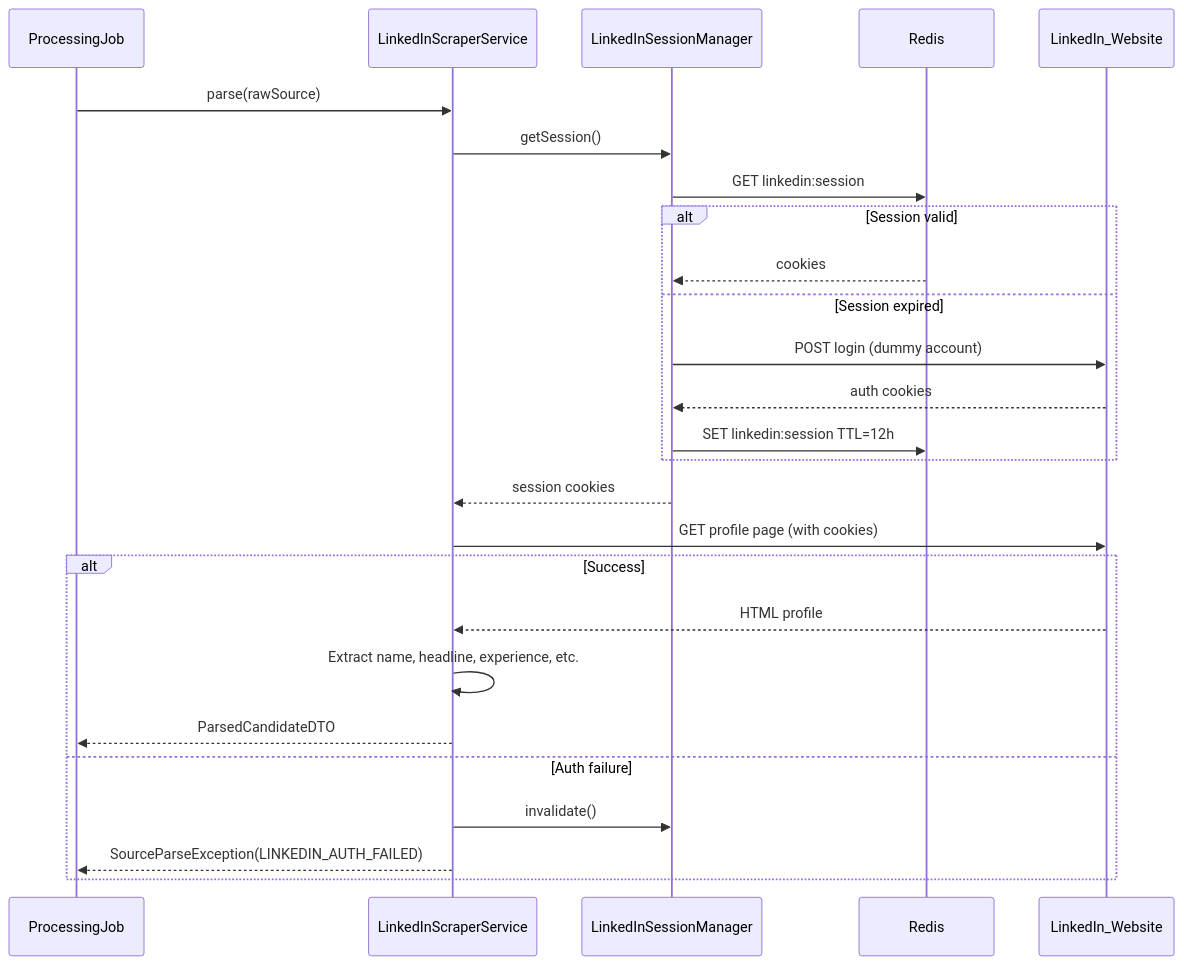
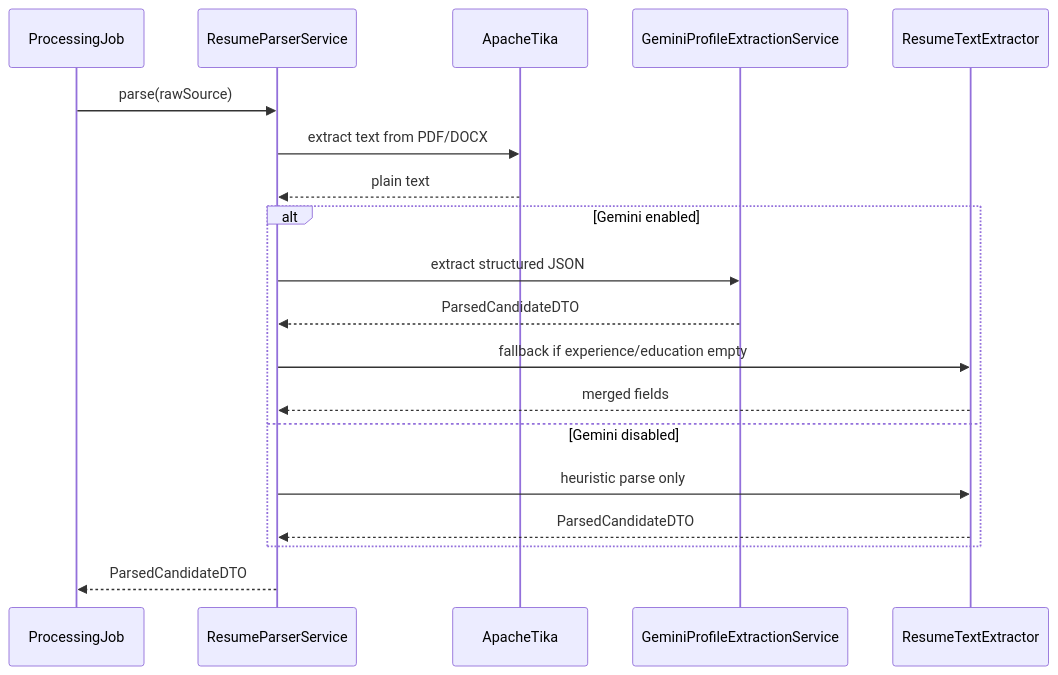
The ninth of 12 diagrams in docs/CANDIDATE_PROFILE_TRANSFORMATION_SYSTEM.md (Tharunraj-U/Multi-source-candidate-data-transformer), drawn with Mermaid before and after one commit. The commit also changed other lines of this file and 37 other files, not shown here.

First line of the commit message:
Remove LinkedIn scraping, add Gemini extraction

````diff
--- a/docs/CANDIDATE_PROFILE_TRANSFORMATION_SYSTEM.md
+++ b/docs/CANDIDATE_PROFILE_TRANSFORMATION_SYSTEM.md
@@ -1968,29 +1951,22 @@
 ```mermaid
 sequenceDiagram
     participant Job as ProcessingJob
-    participant LI as LinkedInScraperService
-    participant Session as LinkedInSessionManager
-    participant Redis
-    participant LinkedIn as LinkedIn_Website
+    participant Resume as ResumeParserService
+    participant Tika as ApacheTika
+    participant Gemini as GeminiProfileExtractionService
+    participant Heuristic as ResumeTextExtractor
 
-    Job->>LI: parse(rawSource)
-    LI->>Session: getSession()
-    Session->>Redis: GET linkedin:session
-    alt Session valid
-        Redis-->>Session: cookies
-    else Session expired
-        Session->>LinkedIn: POST login (dummy account)
-        LinkedIn-->>Session: auth cookies
-        Session->>Redis: SET linkedin:session TTL=12h
+    Job->>Resume: parse(rawSource)
+    Resume->>Tika: extract text from PDF/DOCX
+    Tika-->>Resume: plain text
+    alt Gemini enabled
+        Resume->>Gemini: extract structured JSON
+        Gemini-->>Resume: ParsedCandidateDTO
+        Resume->>Heuristic: fallback if experience/education empty
+        Heuristic-->>Resume: merged fields
+    else Gemini disabled
+        Resume->>Heuristic: heuristic parse only
+        Heuristic-->>Resume: ParsedCandidateDTO
     end
-    Session-->>LI: session cookies
-    LI->>LinkedIn: GET profile page (with cookies)
-    alt Success
-        LinkedIn-->>LI: HTML profile
-        LI->>LI: Extract name, headline, experience, etc.
-        LI-->>Job: ParsedCandidateDTO
-    else Auth failure
-        LI->>Session: invalidate()
-        LI-->>Job: SourceParseException(LINKEDIN_AUTH_FAILED)
-    end
+    Resume-->>Job: ParsedCandidateDTO
 ```
````
